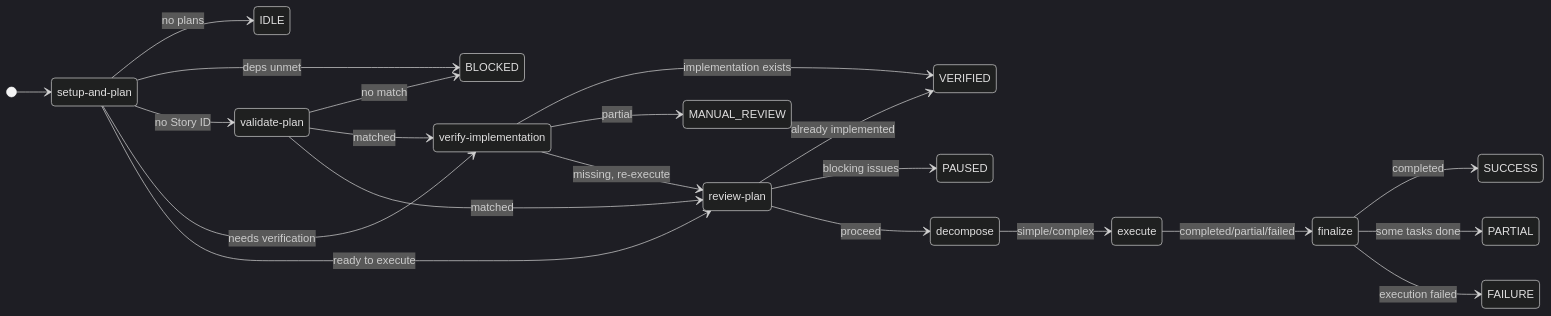
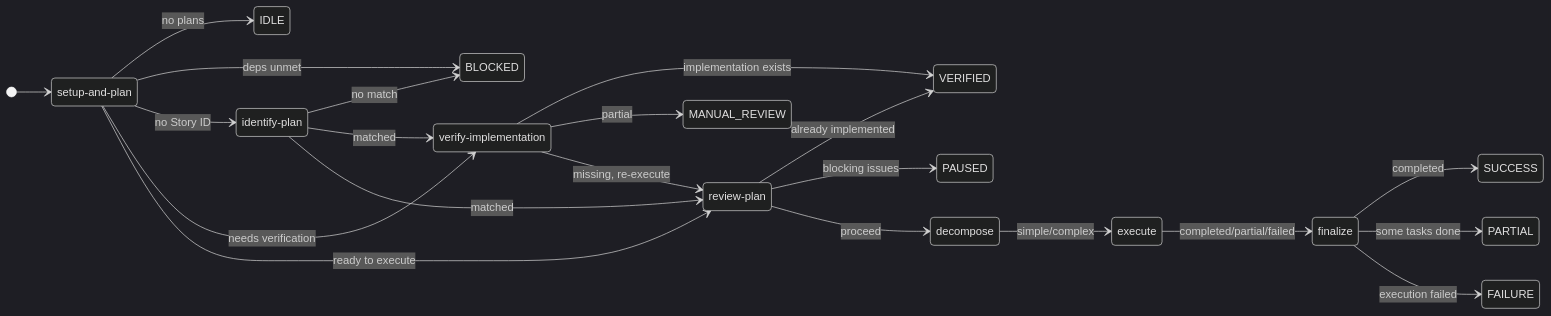
The fourth of 4 diagrams in .github/workflows/execute-stories-workflow.md (Mharbulous/SyncoPaid), drawn with Mermaid (dark theme) before and after one commit. The commit also changed other lines of this file and 3 other files, not shown here.

First line of the commit message:
fix(ci): prevent filename mismatch in identify-plan step

````diff
--- a/.github/workflows/execute-stories-workflow.md
+++ b/.github/workflows/execute-stories-workflow.md
@@ -240,40 +240,40 @@
 ```mermaid
 stateDiagram-v2
     direction LR
 
     state "setup-and-plan" as SETUP
-    state "validate-plan" as VALIDATE
+    state "identify-plan" as IDENTIFY
     state "verify-implementation" as VERIFY
     state "review-plan" as REVIEW
     state "decompose" as DECOMPOSE
     state "execute" as EXECUTE
     state "finalize" as FINALIZE
 
     [*] --> SETUP
 
     SETUP --> IDLE: no plans
     SETUP --> BLOCKED: deps unmet
-    SETUP --> VALIDATE: no Story ID
+    SETUP --> IDENTIFY: no Story ID
     SETUP --> VERIFY: needs verification
     SETUP --> REVIEW: ready to execute
 
-    VALIDATE --> BLOCKED: no match
-    VALIDATE --> VERIFY: matched
-    VALIDATE --> REVIEW: matched
+    IDENTIFY --> BLOCKED: no match
+    IDENTIFY --> VERIFY: matched
+    IDENTIFY --> REVIEW: matched
 
     VERIFY --> VERIFIED: implementation exists
     VERIFY --> MANUAL_REVIEW: partial
     VERIFY --> REVIEW: missing, re-execute
 
     REVIEW --> VERIFIED: already implemented
     REVIEW --> PAUSED: blocking issues
     REVIEW --> DECOMPOSE: proceed
 
     DECOMPOSE --> EXECUTE: simple/complex
 
     EXECUTE --> FINALIZE: completed/partial/failed
 
     FINALIZE --> SUCCESS: completed
     FINALIZE --> PARTIAL: some tasks done
     FINALIZE --> FAILURE: execution failed
 ```
````
